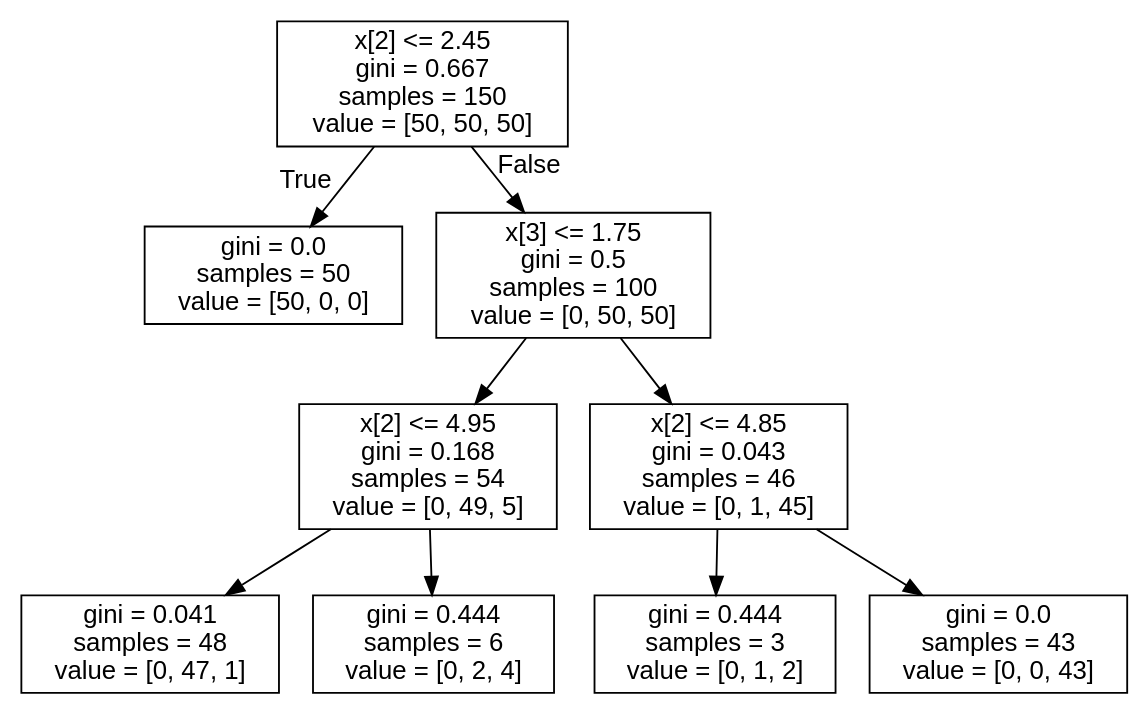
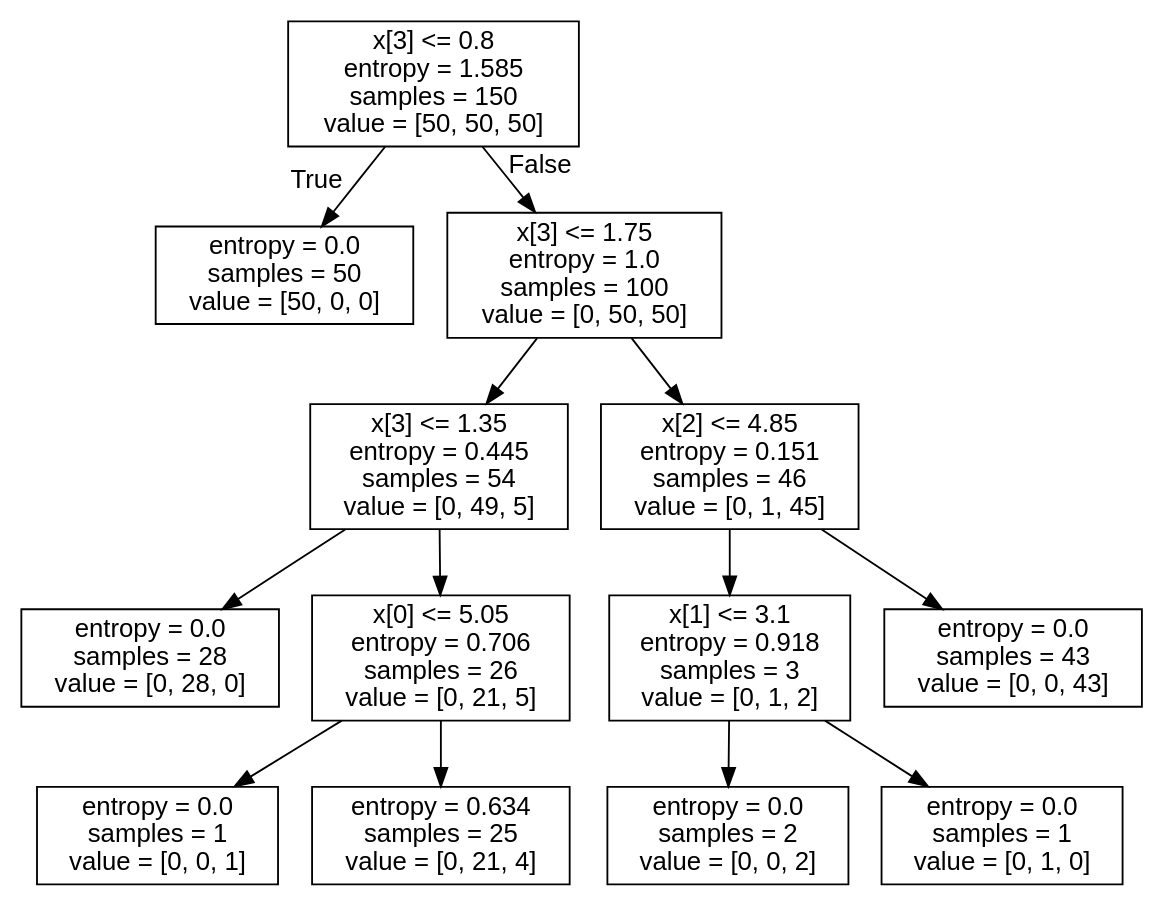
The diagram in Exercises/Exercises AI5 Supervised Learning/iris_dtc.dot (DiogoSant0s/IA), drawn with Graphviz before and after one commit. The commit also changed 2 other files, not shown here.

```diff
--- a/Exercises/Exercises AI5 Supervised Learning/iris_dtc.dot
+++ b/Exercises/Exercises AI5 Supervised Learning/iris_dtc.dot
@@ -1,21 +1,29 @@
 digraph Tree {
 node [shape=box, fontname="helvetica"] ;
 edge [fontname="helvetica"] ;
-0 [label="x[2] <= 2.45\ngini = 0.667\nsamples = 150\nvalue = [50, 50, 50]"] ;
-1 [label="gini = 0.0\nsamples = 50\nvalue = [50, 0, 0]"] ;
+0 [label="x[3] <= 0.8\nentropy = 1.585\nsamples = 150\nvalue = [50, 50, 50]"] ;
+1 [label="entropy = 0.0\nsamples = 50\nvalue = [50, 0, 0]"] ;
 0 -> 1 [labeldistance=2.5, labelangle=45, headlabel="True"] ;
-2 [label="x[3] <= 1.75\ngini = 0.5\nsamples = 100\nvalue = [0, 50, 50]"] ;
+2 [label="x[3] <= 1.75\nentropy = 1.0\nsamples = 100\nvalue = [0, 50, 50]"] ;
 0 -> 2 [labeldistance=2.5, labelangle=-45, headlabel="False"] ;
-3 [label="x[2] <= 4.95\ngini = 0.168\nsamples = 54\nvalue = [0, 49, 5]"] ;
+3 [label="x[3] <= 1.35\nentropy = 0.445\nsamples = 54\nvalue = [0, 49, 5]"] ;
 2 -> 3 ;
-4 [label="gini = 0.041\nsamples = 48\nvalue = [0, 47, 1]"] ;
+4 [label="entropy = 0.0\nsamples = 28\nvalue = [0, 28, 0]"] ;
 3 -> 4 ;
-5 [label="gini = 0.444\nsamples = 6\nvalue = [0, 2, 4]"] ;
+5 [label="x[0] <= 5.05\nentropy = 0.706\nsamples = 26\nvalue = [0, 21, 5]"] ;
 3 -> 5 ;
-6 [label="x[2] <= 4.85\ngini = 0.043\nsamples = 46\nvalue = [0, 1, 45]"] ;
-2 -> 6 ;
-7 [label="gini = 0.444\nsamples = 3\nvalue = [0, 1, 2]"] ;
-6 -> 7 ;
-8 [label="gini = 0.0\nsamples = 43\nvalue = [0, 0, 43]"] ;
-6 -> 8 ;
+6 [label="entropy = 0.0\nsamples = 1\nvalue = [0, 0, 1]"] ;
+5 -> 6 ;
+7 [label="entropy = 0.634\nsamples = 25\nvalue = [0, 21, 4]"] ;
+5 -> 7 ;
+8 [label="x[2] <= 4.85\nentropy = 0.151\nsamples = 46\nvalue = [0, 1, 45]"] ;
+2 -> 8 ;
+9 [label="x[1] <= 3.1\nentropy = 0.918\nsamples = 3\nvalue = [0, 1, 2]"] ;
+8 -> 9 ;
+10 [label="entropy = 0.0\nsamples = 2\nvalue = [0, 0, 2]"] ;
+9 -> 10 ;
+11 [label="entropy = 0.0\nsamples = 1\nvalue = [0, 1, 0]"] ;
+9 -> 11 ;
+12 [label="entropy = 0.0\nsamples = 43\nvalue = [0, 0, 43]"] ;
+8 -> 12 ;
 }
```
